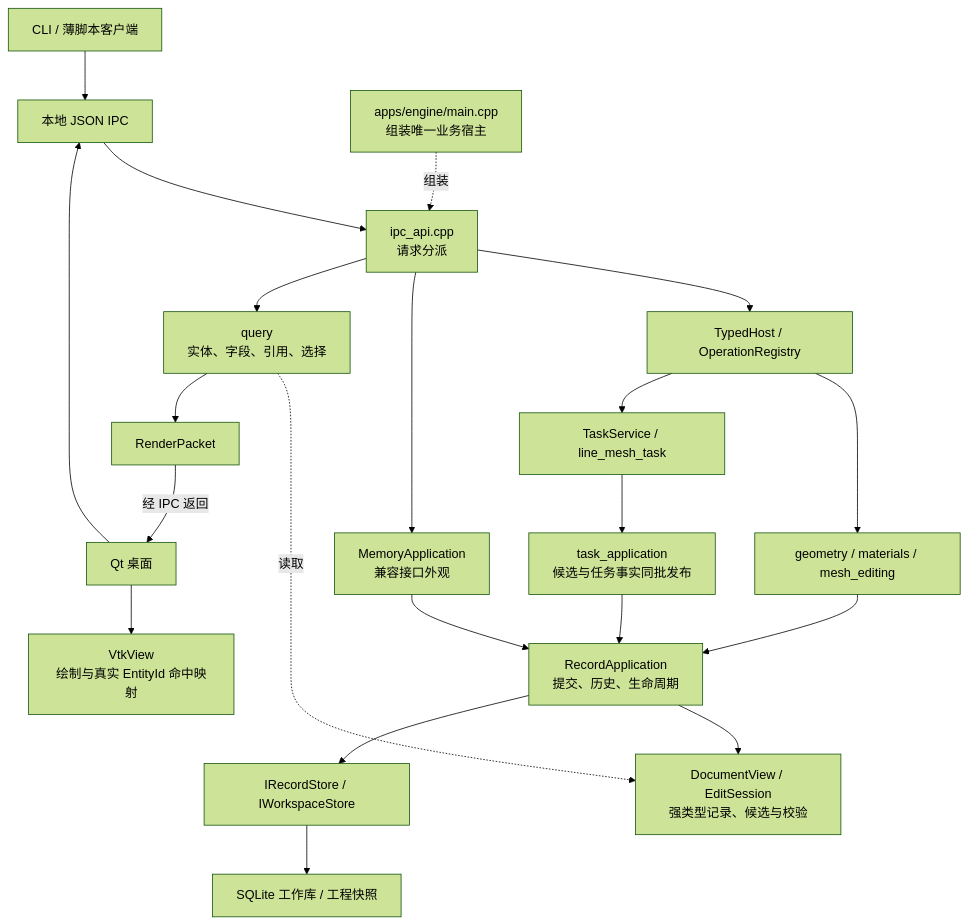
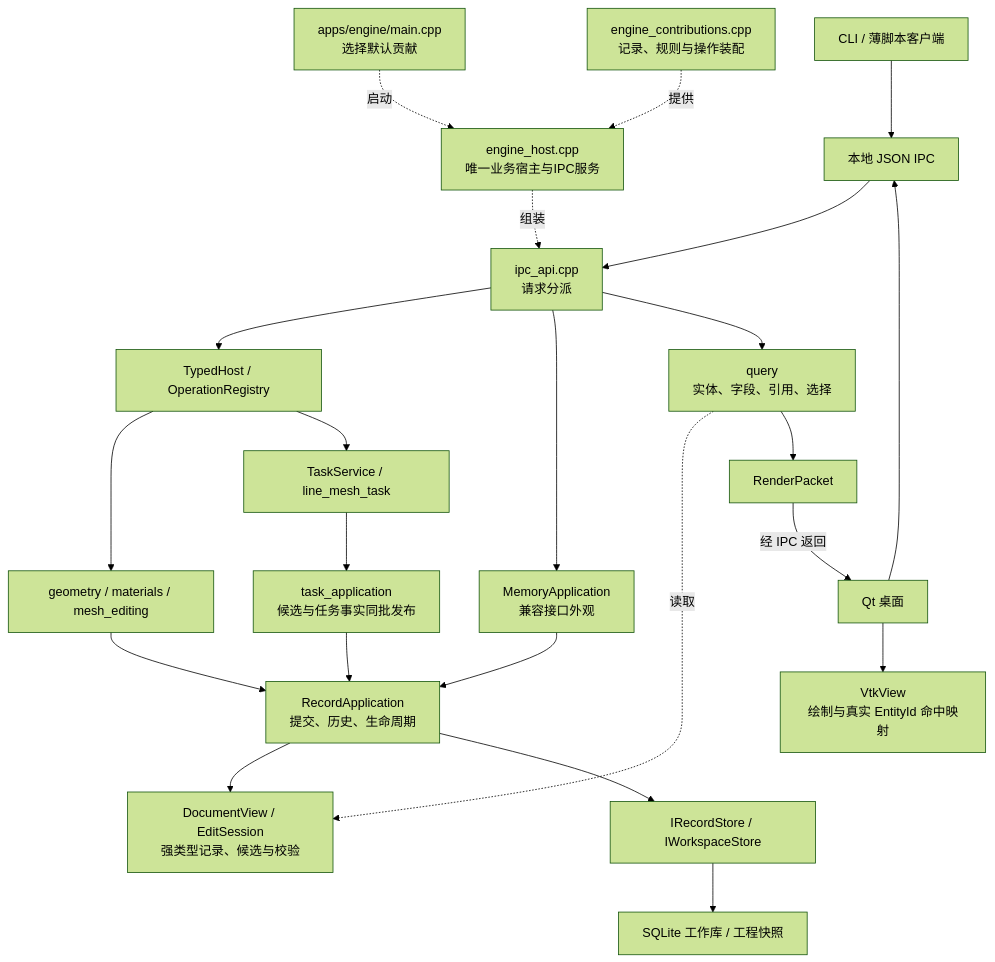
The diagram in docs/engineering/code-walkthrough/README.md (qsbird/QCAE), drawn with Mermaid (forest theme) before and after one commit. The commit also changed other lines of this file and 81 other files, not shown here.

````diff
--- a/docs/engineering/code-walkthrough/README.md
+++ b/docs/engineering/code-walkthrough/README.md
@@ -11,23 +11,25 @@
 ```mermaid
 flowchart TB
     CLI[CLI / 薄脚本客户端] --> IPC[本地 JSON IPC]
     GUI[Qt 桌面] --> IPC
-    MAIN[apps/engine/main.cpp<br/>组装唯一业务宿主] -.组装.-> ROUTE[ipc_api.cpp<br/>请求分派]
+    MAIN[apps/engine/main.cpp<br/>选择默认贡献] -.启动.-> HOST[engine_host.cpp<br/>唯一业务宿主与IPC服务]
+    ASSEMBLY[engine_contributions.cpp<br/>记录、规则与操作装配] -.提供.-> HOST
+    HOST -.组装.-> ROUTE[ipc_api.cpp<br/>请求分派]
     IPC --> ROUTE
     ROUTE --> TYPED[TypedHost / OperationRegistry]
     ROUTE --> LEGACY[MemoryApplication<br/>兼容接口外观]
     TYPED --> FEATURE[geometry / materials / mesh_editing]
     TYPED --> JOB[TaskService / line_mesh_task]
     FEATURE --> APP[RecordApplication<br/>提交、历史、生命周期]
     LEGACY --> APP
     JOB --> BRIDGE[task_application<br/>候选与任务事实同批发布]
     BRIDGE --> APP
     APP --> VIEW[DocumentView / EditSession<br/>强类型记录、候选与校验]
     APP --> PORT[IRecordStore / IWorkspaceStore]
     PORT --> DB[SQLite 工作库 / 工程快照]
     ROUTE --> QUERY[query<br/>实体、字段、引用、选择]
     QUERY -.读取.-> VIEW
     QUERY --> PACKET[RenderPacket]
     PACKET -->|经 IPC 返回| GUI
     GUI --> VTK[VtkView<br/>绘制与真实 EntityId 命中映射]
 ```
````
